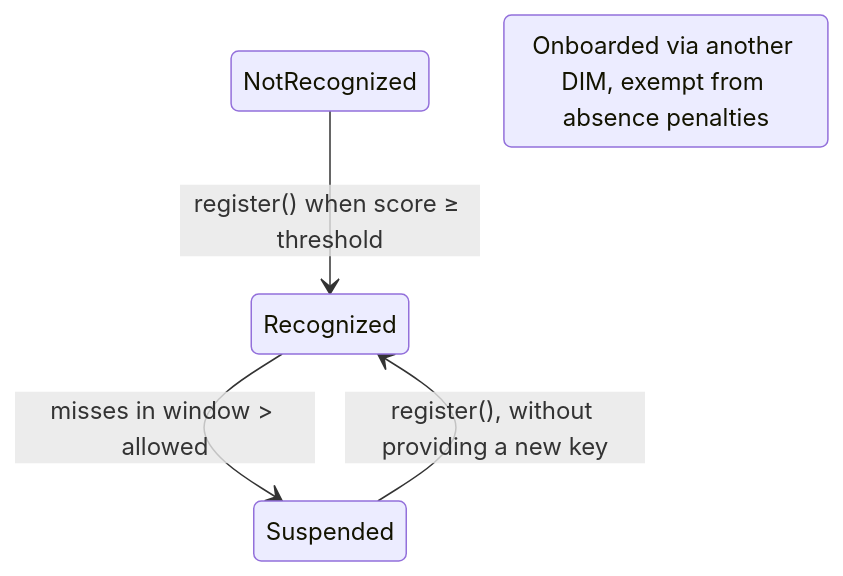
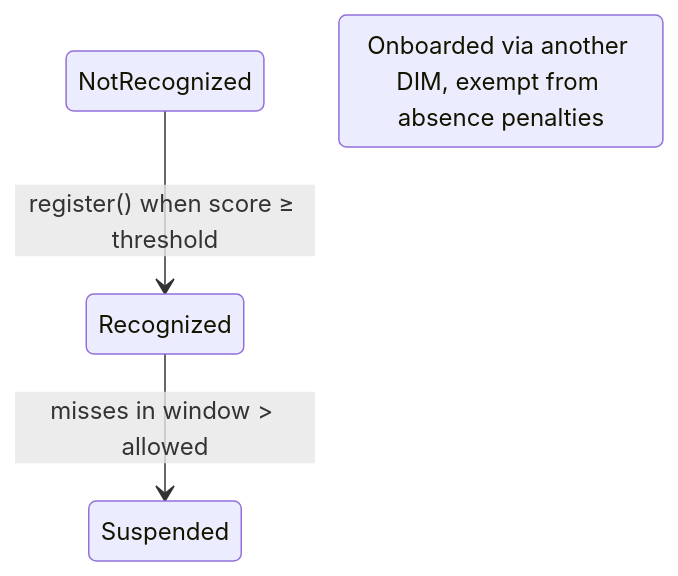
One commit to dhiway/cord changed the second of 2 diagrams in origin/orbis/pallets/score/README.md. Above: the diagram before and after it, drawn with Mermaid. The commit also changed other lines of this file and 56 other files, not shown here.

````diff
--- a/origin/orbis/pallets/score/README.md
+++ b/origin/orbis/pallets/score/README.md
@@ -140,8 +147,6 @@
 ```mermaid
 stateDiagram-v2
     NotRecognized --> Recognized: register() when score ≥ threshold
     Recognized --> Suspended: misses in window > allowed
-    Suspended --> Recognized: register(), without providing a new key
-
     ExternallyRecognized: Onboarded via another DIM, exempt from absence penalties
 ```
````
